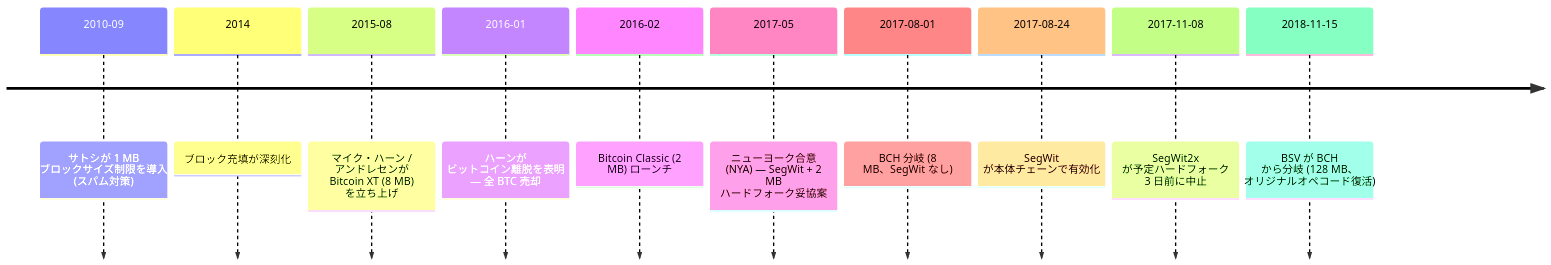
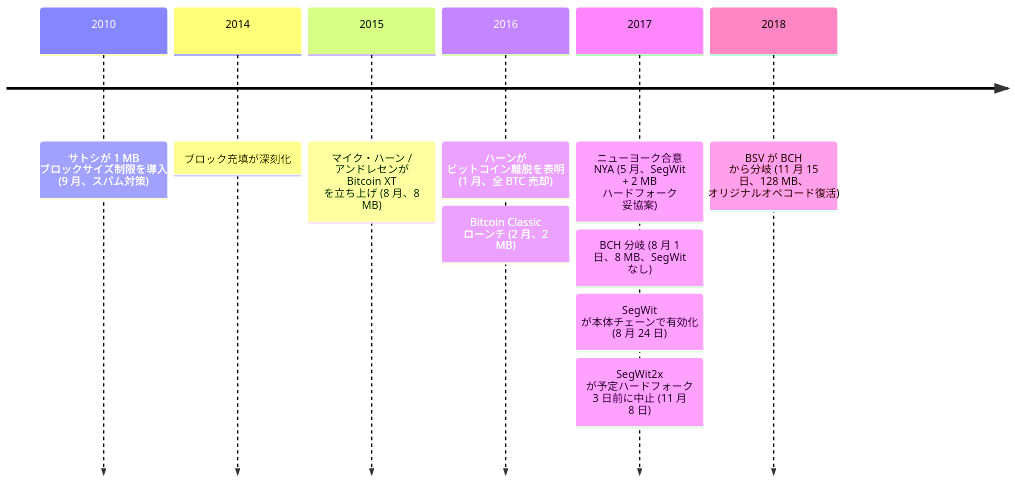
The diagram in src/data/translations/ja/analysis/2008-10-31-bitcoin-fork-and-altcoin-genealogy.md (cypher256/BitcoinArchive), drawn with Mermaid before and after one commit. The commit also changed 23 other files, not shown here.

First line of the commit message:
Align fork-genealogy timeline period headers to year-only convention

````diff
--- a/src/data/translations/ja/analysis/2008-10-31-bitcoin-fork-and-altcoin-genealogy.md
+++ b/src/data/translations/ja/analysis/2008-10-31-bitcoin-fork-and-altcoin-genealogy.md
@@ -112,20 +112,20 @@
 ```mermaid
 timeline
-    2010-09 : サトシが 1 MB ブロックサイズ制限を導入 (スパム対策)
+    2010 : サトシが 1 MB ブロックサイズ制限を導入 (9 月、スパム対策)
     %% link: /BitcoinArchive/ja/entries/forum/bitcointalk/topic-1347/2010-10-03-re-increase-block-size-limit/
-    2014    : ブロック充填が深刻化
-    2015-08 : マイク・ハーン / アンドレセンが Bitcoin XT (8 MB) を立ち上げ
+    2014 : ブロック充填が深刻化
+    2015 : マイク・ハーン / アンドレセンが Bitcoin XT を立ち上げ (8 月、8 MB)
     %% link: /BitcoinArchive/ja/entries/aftermath/2015-08-15-bitcoin-xt-launch/
-    2016-01 : ハーンが ビットコイン離脱を表明 — 全 BTC 売却
+    2016 : ハーンが ビットコイン離脱を表明 (1 月、全 BTC 売却)
     %% link: /BitcoinArchive/ja/entries/aftermath/2016-01-14-mike-hearn-resolution-bitcoin-experiment/
-    2016-02 : Bitcoin Classic (2 MB) ローンチ
-    2017-05 : ニューヨーク合意 (NYA) — SegWit + 2 MB ハードフォーク妥協案
-    2017-08-01 : BCH 分岐 (8 MB、SegWit なし)
+         : Bitcoin Classic ローンチ (2 月、2 MB)
+    2017 : ニューヨーク合意 NYA (5 月、SegWit + 2 MB ハードフォーク 妥協案)
+         : BCH 分岐 (8 月 1 日、8 MB、SegWit なし)
     %% link: /BitcoinArchive/ja/entries/aftermath/2017-08-01-bitcoin-cash-fork/
-    2017-08-24 : SegWit が本体チェーンで有効化
+         : SegWit が本体チェーンで有効化 (8 月 24 日)
     %% link: /BitcoinArchive/ja/entries/bip/2015-12-21-bip-0141/
-    2017-11-08 : SegWit2x が予定ハードフォーク 3 日前に中止
+         : SegWit2x が予定ハードフォーク 3 日前に中止 (11 月 8 日)
     %% link: /BitcoinArchive/ja/entries/aftermath/2017-11-08-segwit2x-cancellation/
-    2018-11-15 : BSV が BCH から分岐 (128 MB、 オリジナルオペコード復活)
+    2018 : BSV が BCH から分岐 (11 月 15 日、128 MB、 オリジナルオペコード復活)
     %% link: /BitcoinArchive/ja/entries/aftermath/2018-11-15-bitcoin-sv-fork/
 ```
````
